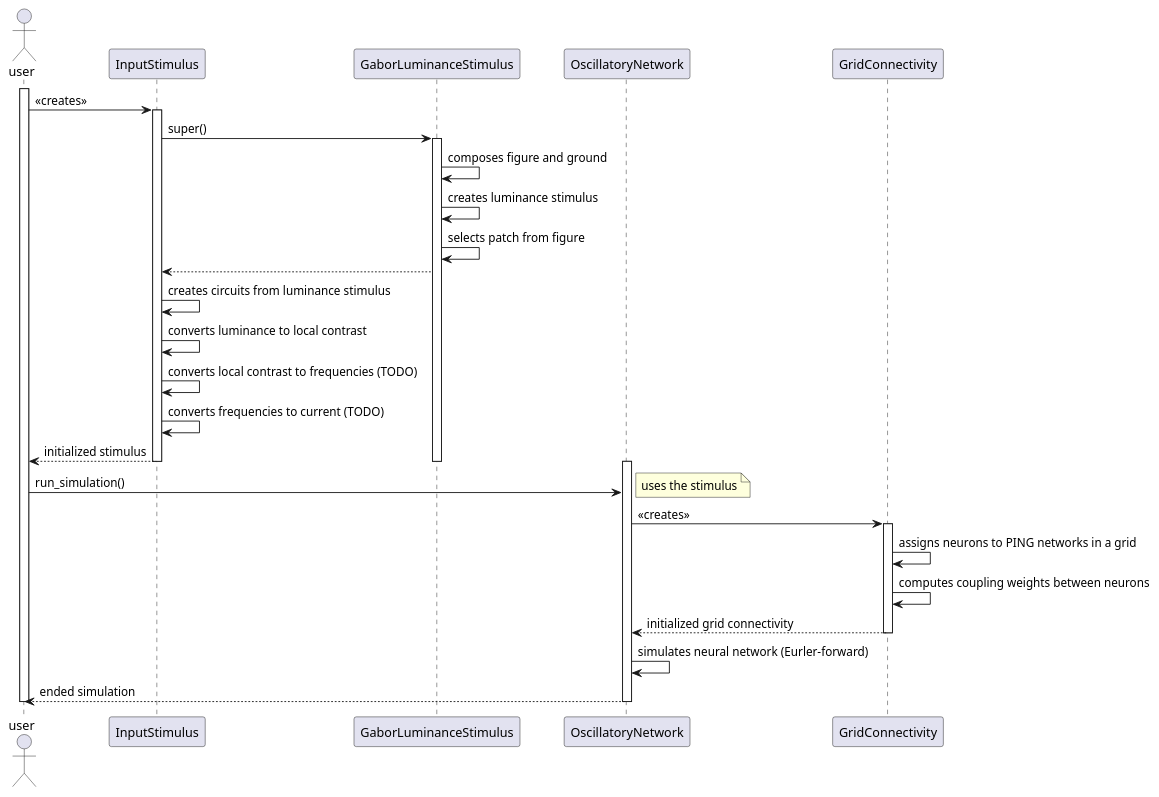
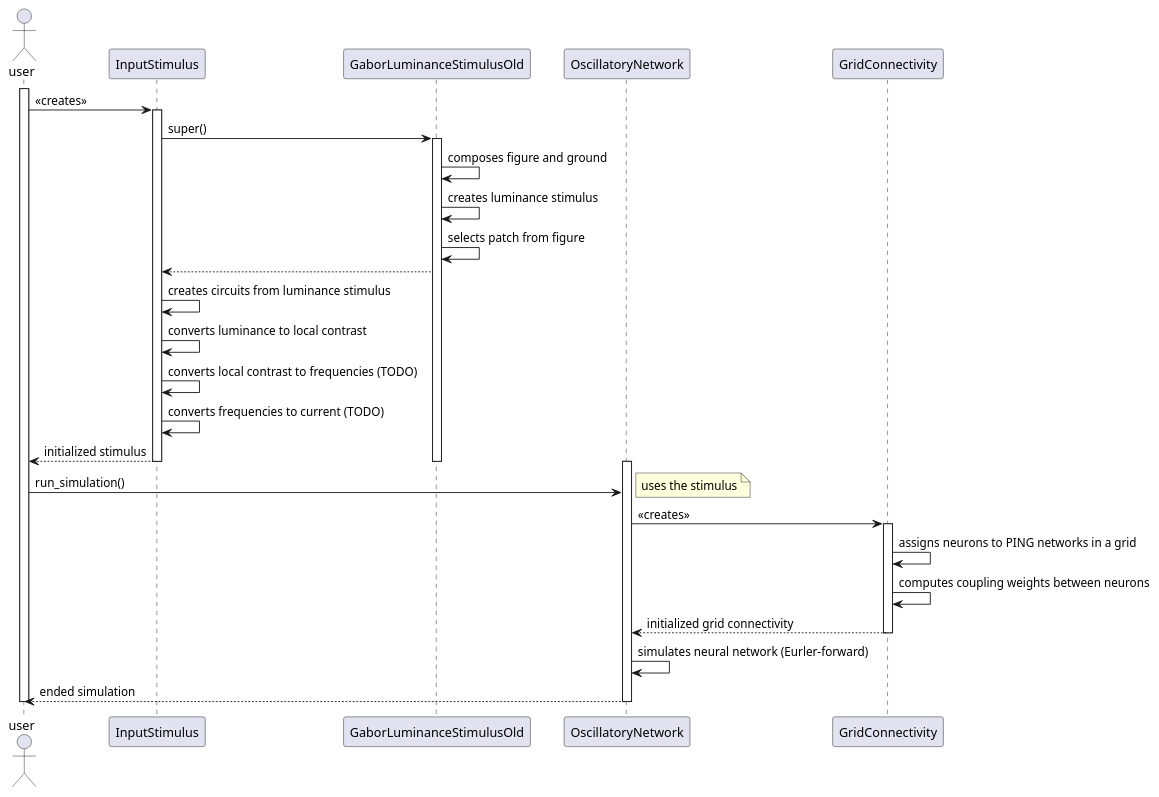
The diagram in docs/source/sequence-diagram.rst (thatmariia/grid-ping), drawn with PlantUML before and after one commit. The commit also changed 101 other files, not shown here.

```diff
--- a/docs/source/sequence-diagram.rst
+++ b/docs/source/sequence-diagram.rst
@@ -4,50 +4,50 @@
 .. uml::
 
     @startuml
     actor user
     activate user
 
     user -> InputStimulus : <<creates>>
     activate InputStimulus
 
-    InputStimulus -> GaborLuminanceStimulus : super()
-    activate GaborLuminanceStimulus
+    InputStimulus -> GaborLuminanceStimulusOld : super()
+    activate GaborLuminanceStimulusOld
 
-    GaborLuminanceStimulus -> GaborLuminanceStimulus: composes figure and ground
-    GaborLuminanceStimulus -> GaborLuminanceStimulus: creates luminance stimulus
-    GaborLuminanceStimulus -> GaborLuminanceStimulus: selects patch from figure
+    GaborLuminanceStimulusOld -> GaborLuminanceStimulusOld: composes figure and ground
+    GaborLuminanceStimulusOld -> GaborLuminanceStimulusOld: creates luminance stimulus
+    GaborLuminanceStimulusOld -> GaborLuminanceStimulusOld: selects patch from figure
 
-    GaborLuminanceStimulus --> InputStimulus
+    GaborLuminanceStimulusOld --> InputStimulus
 
     InputStimulus -> InputStimulus: creates circuits from luminance stimulus
     InputStimulus -> InputStimulus: converts luminance to local contrast
     InputStimulus -> InputStimulus: converts local contrast to frequencies (TODO)
     InputStimulus -> InputStimulus: converts frequencies to current (TODO)
 
     InputStimulus --> user : initialized stimulus
 
-    deactivate GaborLuminanceStimulus
+    deactivate GaborLuminanceStimulusOld
     deactivate InputStimulus
 
     activate OscillatoryNetwork
     user -> OscillatoryNetwork: run_simulation()
     note right
       uses the stimulus
     end note
 
     OscillatoryNetwork -> GridConnectivity: <<creates>>
     activate GridConnectivity
 
     GridConnectivity -> GridConnectivity: assigns neurons to PING networks in a grid
     GridConnectivity -> GridConnectivity: computes coupling weights between neurons
 
     GridConnectivity --> OscillatoryNetwork: initialized grid connectivity
     deactivate GridConnectivity
 
     OscillatoryNetwork -> OscillatoryNetwork: simulates neural network (Eurler-forward)
 
     OscillatoryNetwork --> user: ended simulation
     deactivate OscillatoryNetwork
     deactivate user
 
     @enduml
```
